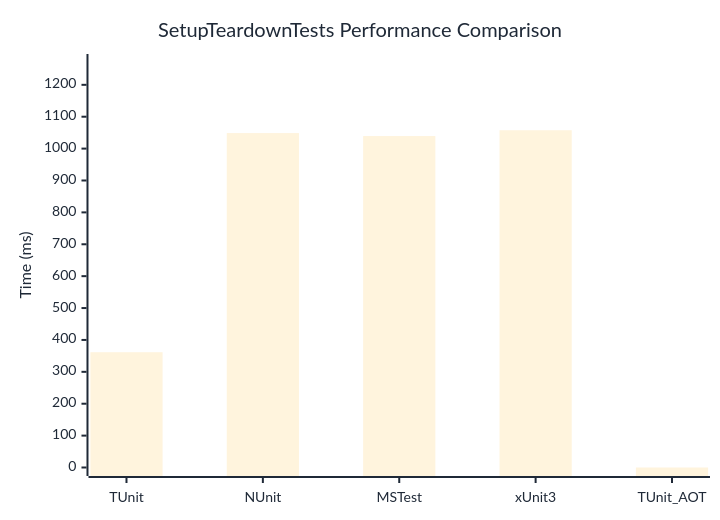
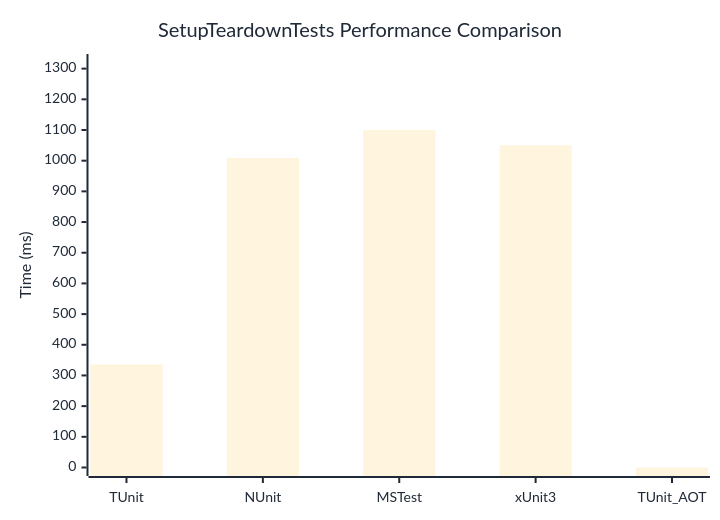
The diagram in docs/docs/benchmarks/engine/SetupTeardownTests.md (thomhurst/TUnit), drawn with Mermaid before and after one commit. The commit also changed other lines of this file and 17 other files, not shown here.

````diff
--- a/docs/docs/benchmarks/engine/SetupTeardownTests.md
+++ b/docs/docs/benchmarks/engine/SetupTeardownTests.md
@@ -29,37 +29,37 @@
 ```mermaid
 %%{init: {
   'theme':'base',
   'themeVariables': {
     'primaryColor': '#2563eb',
     'primaryTextColor': '#1f2937',
     'primaryBorderColor': '#1e40af',
     'lineColor': '#6b7280',
     'secondaryColor': '#7c3aed',
     'tertiaryColor': '#dc2626',
     'background': '#ffffff',
     'mainBkg': '#2563eb',
     'secondBkg': '#7c3aed',
     'tertiaryBkg': '#dc2626',
     'clusterBkg': '#f3f4f6',
     'edgeLabelBackground': '#ffffff',
     'tertiaryTextColor': '#1f2937',
     'pie1': '#2563eb',
     'pie2': '#7c3aed',
     'pie3': '#dc2626',
     'pie4': '#f59e0b',
     'pie5': '#10b981',
     'pie6': '#06b6d4',
     'pie7': '#ec4899',
     'pie8': '#6366f1',
     'pie9': '#84cc16',
     'pie10': '#f97316',
     'pie11': '#14b8a6',
     'pie12': '#a855f7'
   }
 }}%%
 xychart-beta
   title "SetupTeardownTests Performance Comparison"
   x-axis ["TUnit", "NUnit", "MSTest", "xUnit3", "TUnit_AOT"]
-  y-axis "Time (ms)" 0 --> 1270
-  bar [361.5, 1048.7, 1039.4, 1057.6, 0]
+  y-axis "Time (ms)" 0 --> 1320
+  bar [335.8, 1008.8, 1099.9, 1050.2, 0]
 ```
````
